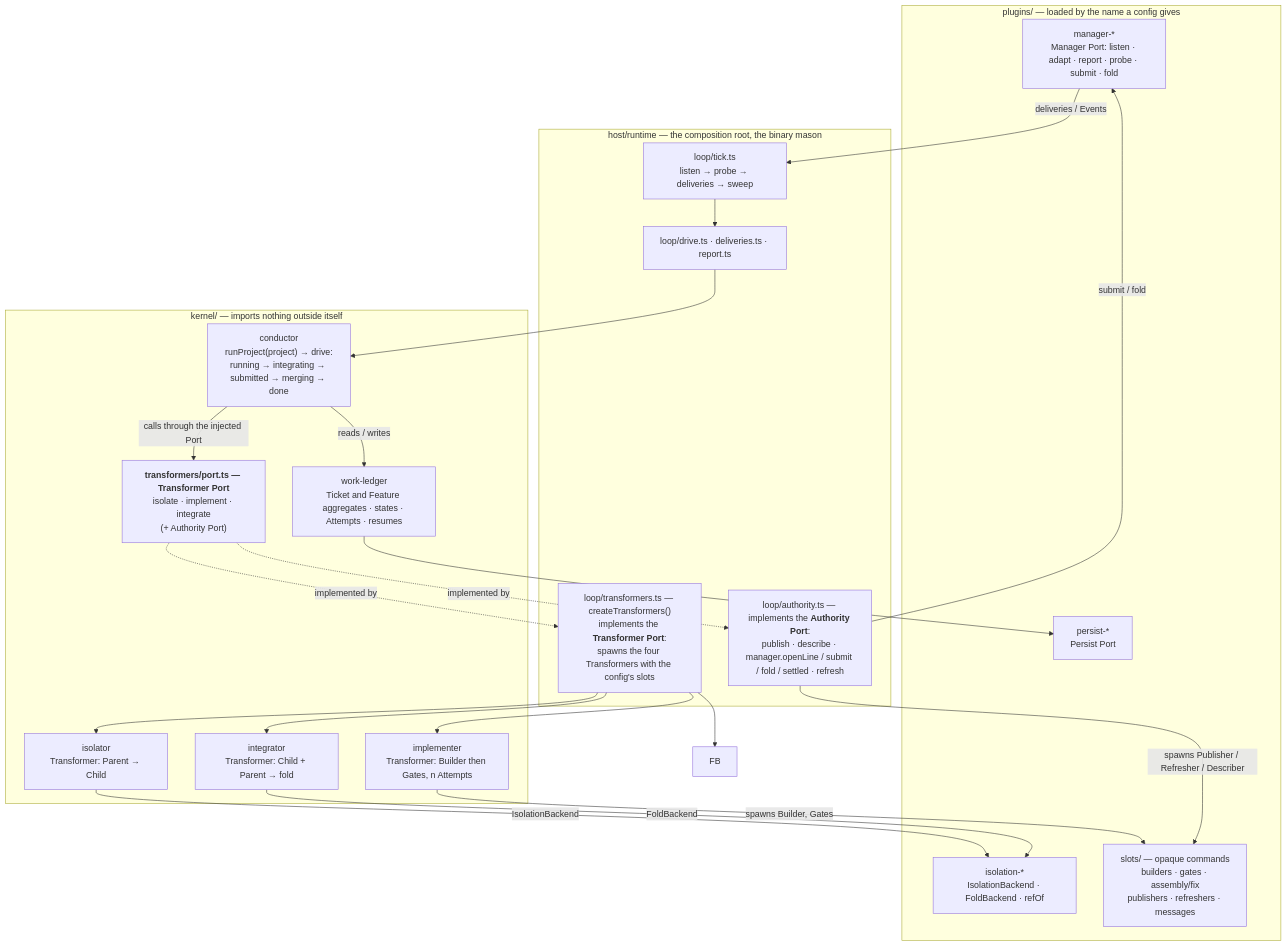
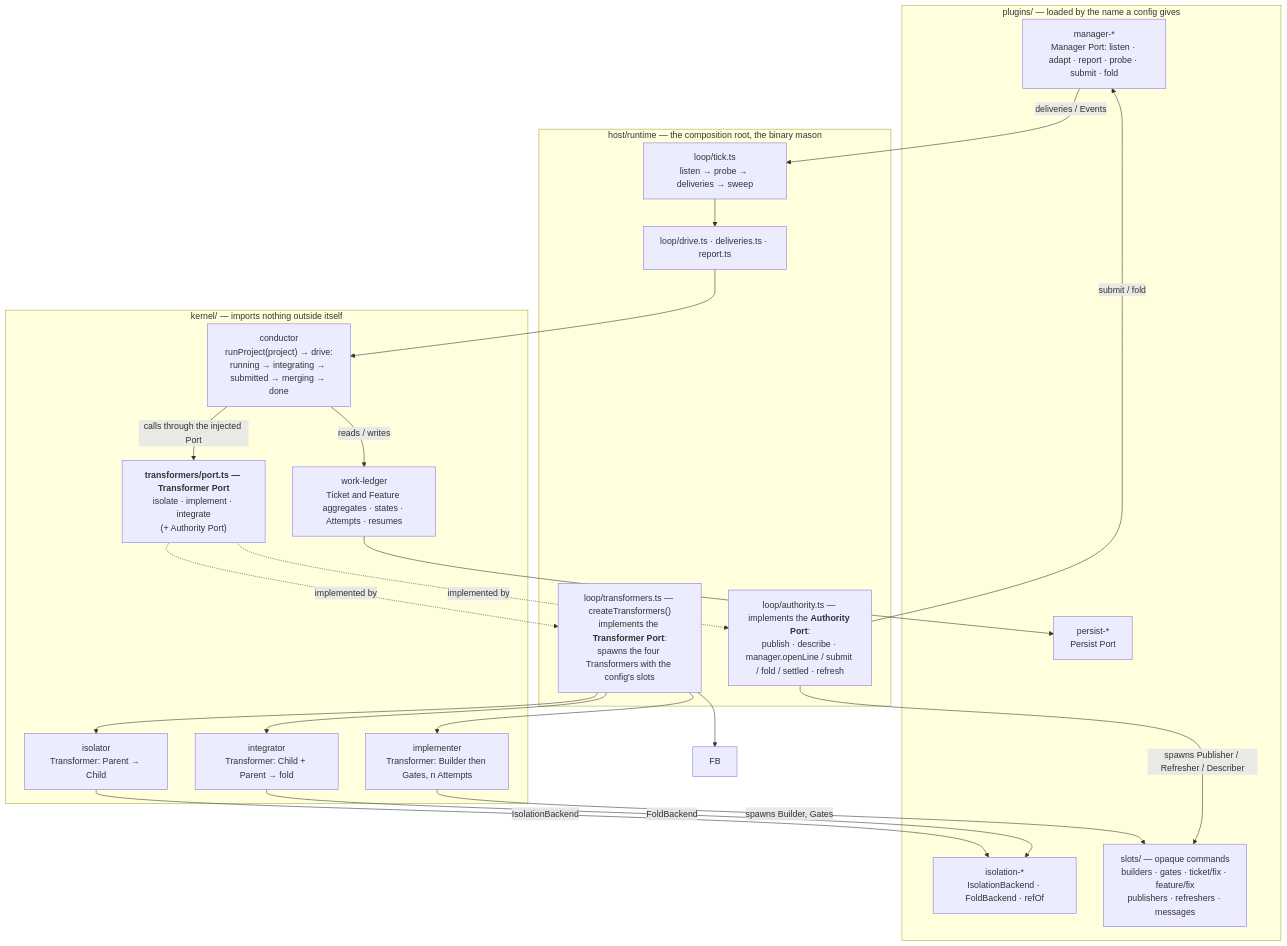
The diagram in docs/ARCHITECTURE.md (tilap/bluewombat), drawn with Mermaid before and after one commit. The commit also changed other lines of this file and 4 other files, not shown here.

````diff
--- a/docs/ARCHITECTURE.md
+++ b/docs/ARCHITECTURE.md
@@ -24,39 +24,39 @@
 ```mermaid
 flowchart TB
   subgraph Plugins["plugins/ — loaded by the name a config gives"]
     MG["manager-*<br/>Manager Port: listen · adapt · report · probe · submit · fold"]
     IG["isolation-*<br/>IsolationBackend · FoldBackend · refOf"]
     PF["persist-*<br/>Persist Port"]
-    SL["slots/ — opaque commands<br/>builders · gates · assembly/fix<br/>publishers · refreshers · messages"]
+    SL["slots/ — opaque commands<br/>builders · gates · ticket/fix · feature/fix<br/>publishers · refreshers · messages"]
   end
 
   subgraph Host["host/runtime — the composition root, the binary mason"]
     TICK["loop/tick.ts<br/>listen → probe → deliveries → sweep"]
     DRV["loop/drive.ts · deliveries.ts · report.ts"]
     TR["loop/transformers.ts — createTransformers()<br/>implements the <b>Transformer Port</b>:<br/>spawns the four Transformers with the config's slots"]
     AU["loop/authority.ts — implements the <b>Authority Port</b>:<br/>publish · describe · manager.openLine / submit / fold / settled · refresh"]
   end
 
   subgraph Kernel["kernel/ — imports nothing outside itself"]
     CO["conductor<br/>runProject(project) → drive:<br/>running → integrating → submitted → merging → done"]
     TP["<b>transformers/port.ts — Transformer Port</b><br/>isolate · implement · integrate<br/>(+ Authority Port)"]
     WL["work-ledger<br/>Ticket and Feature aggregates · states · Attempts · resumes"]
     IS["isolator<br/>Transformer: Parent → Child"]
     IM["implementer<br/>Transformer: Builder then Gates, n Attempts"]
     IN["integrator<br/>Transformer: Child + Parent → fold"]
   end
 
   MG -- "deliveries / Events" --> TICK
   TICK --> DRV --> CO
   CO -- "reads / writes" --> WL
   WL --> PF
   CO -- "calls through the injected Port" --> TP
   TP -. "implemented by" .-> TR
   TP -. "implemented by" .-> AU
   TR --> FB & IS & IM & IN
   IM -- "spawns Builder, Gates" --> SL
   IS -- "IsolationBackend" --> IG
   IN -- "FoldBackend" --> IG
   AU -- "spawns Publisher / Refresher / Describer" --> SL
   AU -- "submit / fold" --> MG
 ```
````
